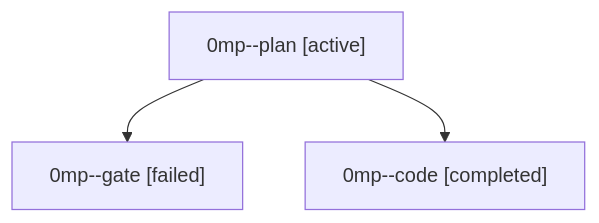
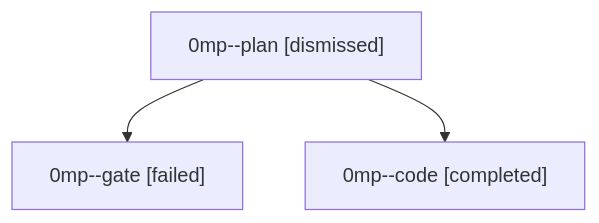
One commit to sase-org/sase--agents changed the diagram in sessions/bbugyi200.athena.0mp.md. Above: the diagram before and after it, drawn with Mermaid. The commit also changed other lines of this file and 36 other files, not shown here.

````diff
--- a/sessions/bbugyi200.athena.0mp.md
+++ b/sessions/bbugyi200.athena.0mp.md
@@ -9,8 +9,8 @@
 ```mermaid
 flowchart TD
-  n0["0mp--plan [active]"]
+  n0["0mp--plan [dismissed]"]
   n1["0mp--gate [failed]"]
   n0 --> n1
   n2["0mp--code [completed]"]
   n0 --> n2
 ```
````
